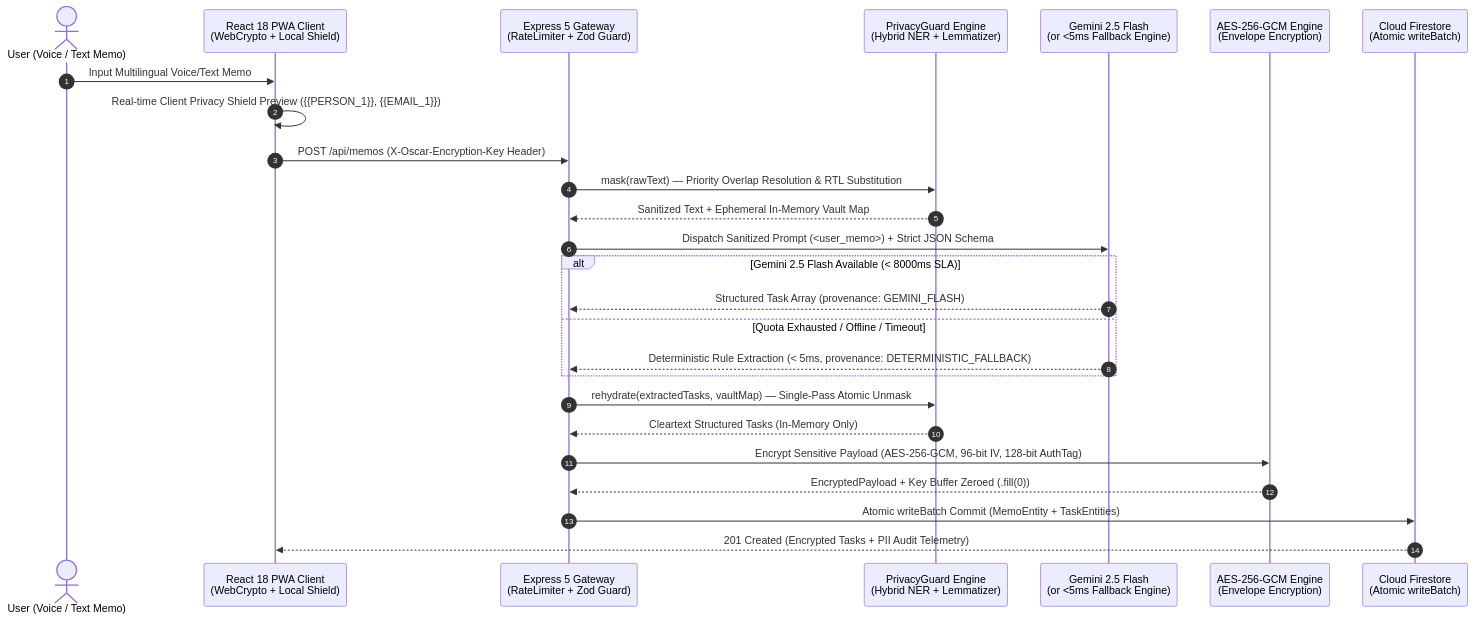
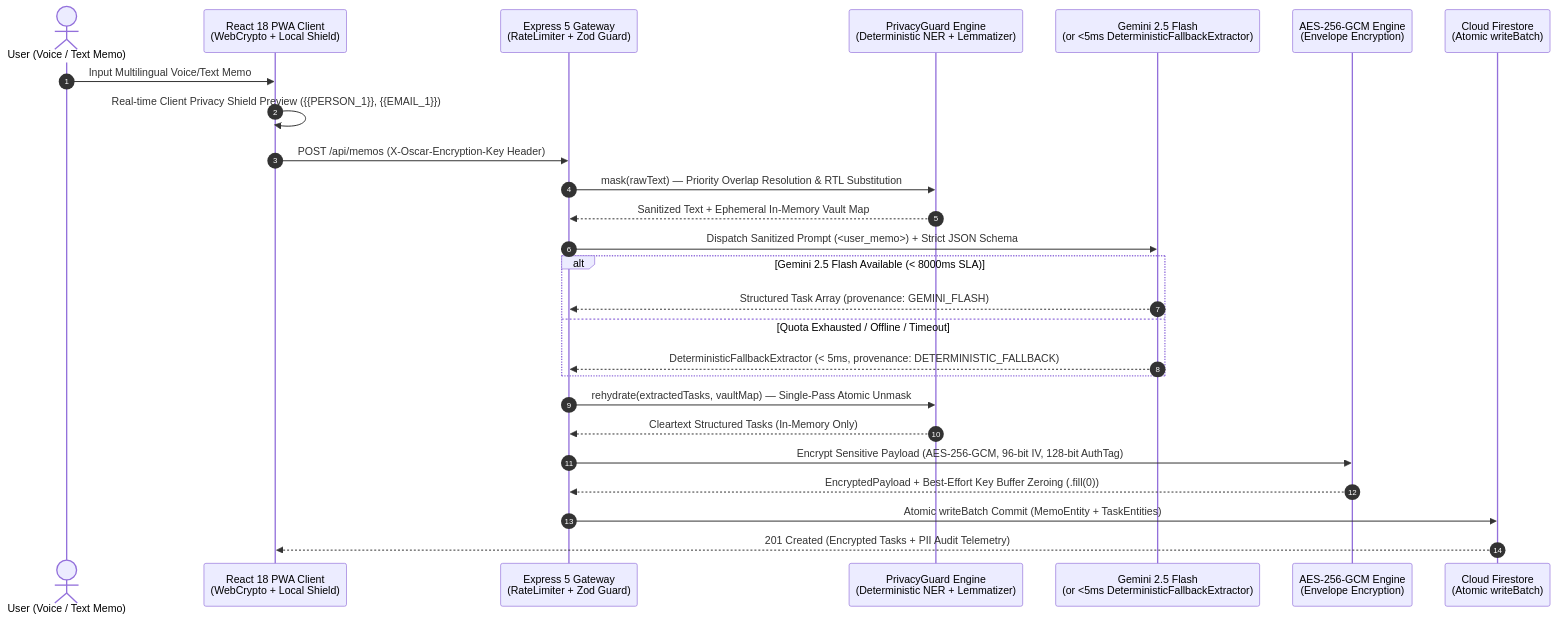
Before and after one commit to lukasmatusiewicz/OSCAR: the diagram in README.md, drawn with Mermaid. The commit also changed other lines of this file and 3 other files, not shown here.

````diff
--- a/README.md
+++ b/README.md
@@ -45,29 +45,29 @@
 ```mermaid
 sequenceDiagram
     autonumber
     actor User as User (Voice / Text Memo)
     participant UI as React 18 PWA Client<br/>(WebCrypto + Local Shield)
     participant GW as Express 5 Gateway<br/>(RateLimiter + Zod Guard)
-    participant PG as PrivacyGuard Engine<br/>(Hybrid NER + Lemmatizer)
-    participant AI as Gemini 2.5 Flash<br/>(or <5ms Fallback Engine)
+    participant PG as PrivacyGuard Engine<br/>(Deterministic NER + Lemmatizer)
+    participant AI as Gemini 2.5 Flash<br/>(or <5ms DeterministicFallbackExtractor)
     participant Crypto as AES-256-GCM Engine<br/>(Envelope Encryption)
     participant DB as Cloud Firestore<br/>(Atomic writeBatch)
 
     User->>UI: Input Multilingual Voice/Text Memo
     UI->>UI: Real-time Client Privacy Shield Preview ({{PERSON_1}}, {{EMAIL_1}})
     UI->>GW: POST /api/memos (X-Oscar-Encryption-Key Header)
     GW->>PG: mask(rawText) — Priority Overlap Resolution & RTL Substitution
     PG-->>GW: Sanitized Text + Ephemeral In-Memory Vault Map
     GW->>AI: Dispatch Sanitized Prompt (<user_memo>) + Strict JSON Schema
     alt Gemini 2.5 Flash Available (< 8000ms SLA)
         AI-->>GW: Structured Task Array (provenance: GEMINI_FLASH)
     else Quota Exhausted / Offline / Timeout
-        AI-->>GW: Deterministic Rule Extraction (< 5ms, provenance: DETERMINISTIC_FALLBACK)
+        AI-->>GW: DeterministicFallbackExtractor (< 5ms, provenance: DETERMINISTIC_FALLBACK)
     end
     GW->>PG: rehydrate(extractedTasks, vaultMap) — Single-Pass Atomic Unmask
     PG-->>GW: Cleartext Structured Tasks (In-Memory Only)
     GW->>Crypto: Encrypt Sensitive Payload (AES-256-GCM, 96-bit IV, 128-bit AuthTag)
-    Crypto-->>GW: EncryptedPayload + Key Buffer Zeroed (.fill(0))
+    Crypto-->>GW: EncryptedPayload + Best-Effort Key Buffer Zeroing (.fill(0))
     GW->>DB: Atomic writeBatch Commit (MemoEntity + TaskEntities)
     DB-->>UI: 201 Created (Encrypted Tasks + PII Audit Telemetry)
 ```
````
